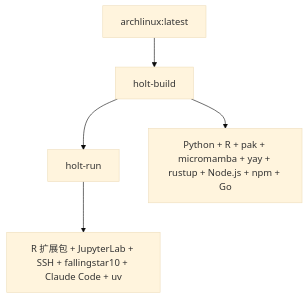
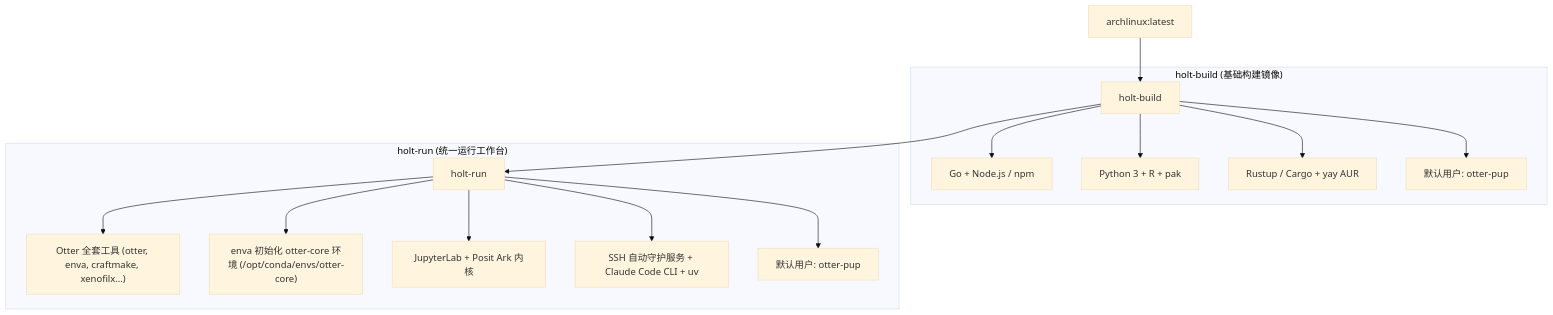
Before and after one commit to otterlab-bio/holt: the diagram in README.md, drawn with Mermaid (base theme). The commit also changed other lines of this file and 12 other files, not shown here.

Commit message:
feat: migrate to otterlab-bio/holt with otter suite and otter-pup user

````diff
--- a/README.md
+++ b/README.md
@@ -33,8 +23,20 @@
 ```mermaid
 graph TD
     A[archlinux:latest] --> B[holt-build]
     B --> C[holt-run]
 
-    B --> D[Python + R + pak + micromamba + yay + rustup + Node.js + npm + Go]
-    C --> E[R 扩展包 + JupyterLab + SSH + fallingstar10 + Claude Code + uv]
+    subgraph "holt-build (基础构建镜像)"
+        B --> B1[Go + Node.js / npm]
+        B --> B2[Python 3 + R + pak]
+        B --> B3[Rustup / Cargo + yay AUR]
+        B --> B4[默认用户: otter-pup]
+    end
+
+    subgraph "holt-run (统一运行工作台)"
+        C --> C1["Otter 全套工具 (otter, enva, craftmake, xenofilx...)"]
+        C --> C2["enva 初始化 otter-core 环境 (/opt/conda/envs/otter-core)"]
+        C --> C3[JupyterLab + Posit Ark 内核]
+        C --> C4[SSH 自动守护服务 + Claude Code CLI + uv]
+        C --> C5[默认用户: otter-pup]
+    end
 ```
````
